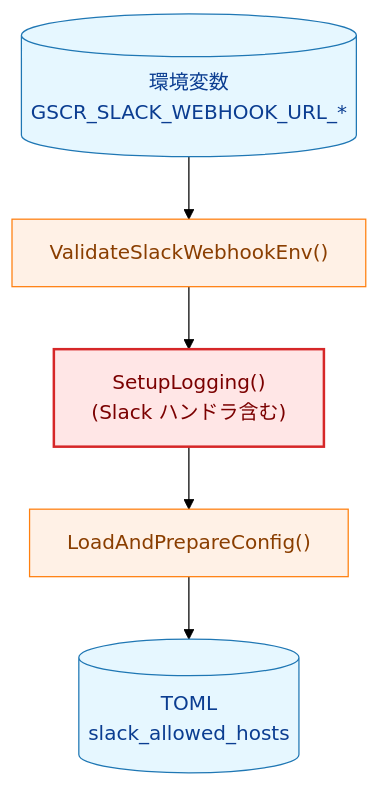
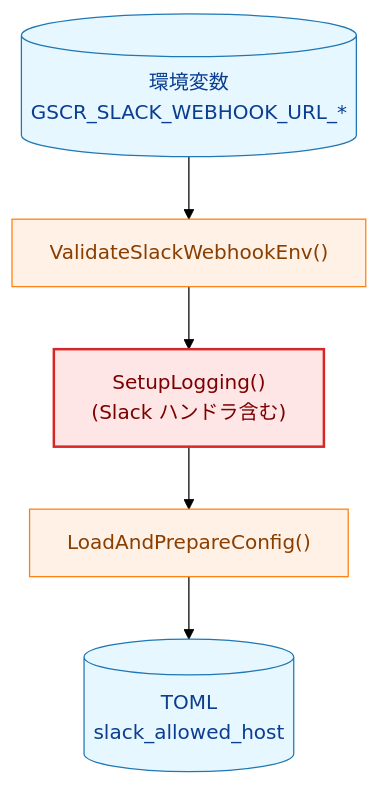
The first of 9 diagrams in docs/tasks/0091_slack_webhook_allowlist/02_architecture.md (isseis/go-safe-cmd-runner), drawn with Mermaid (forest theme) before and after one commit. The commit also changed other lines of this file and 2 other files, not shown here.

First line of the commit message:
docs(0091): change slack_allowed_hosts from []string to single string

````diff
--- a/docs/tasks/0091_slack_webhook_allowlist/02_architecture.md
+++ b/docs/tasks/0091_slack_webhook_allowlist/02_architecture.md
@@ -24,16 +25,16 @@
 ```mermaid
 flowchart TD
     classDef data fill:#e6f7ff,stroke:#1f77b4,stroke-width:1px,color:#0b3d91;
     classDef process fill:#fff1e6,stroke:#ff7f0e,stroke-width:1px,color:#8a3e00;
     classDef problem fill:#ffe6e6,stroke:#d62728,stroke-width:2px,color:#7b0000;
 
     E[("環境変数<br>GSCR_SLACK_WEBHOOK_URL_*")] --> A
     A["ValidateSlackWebhookEnv()"] --> B["SetupLogging()<br>(Slack ハンドラ含む)"]
     B --> C["LoadAndPrepareConfig()"]
-    C --> D[("TOML<br>slack_allowed_hosts")]
+    C --> D[("TOML<br>slack_allowed_host")]
 
     class E data;
     class D data;
     class A,C process;
     class B problem;
 ```
````
